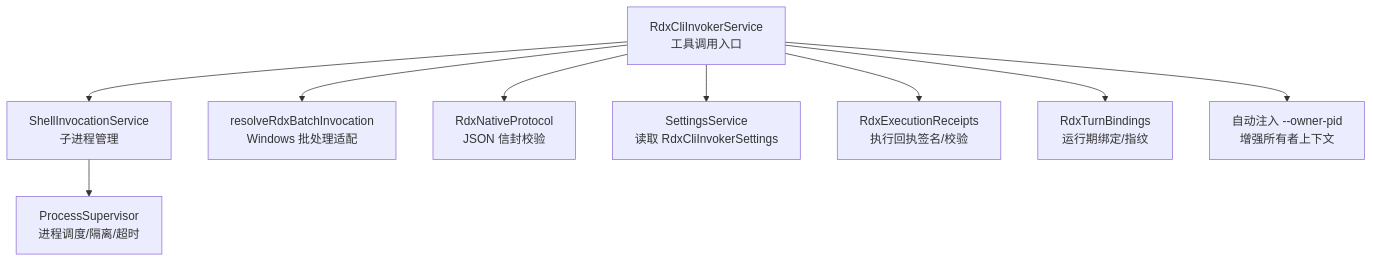
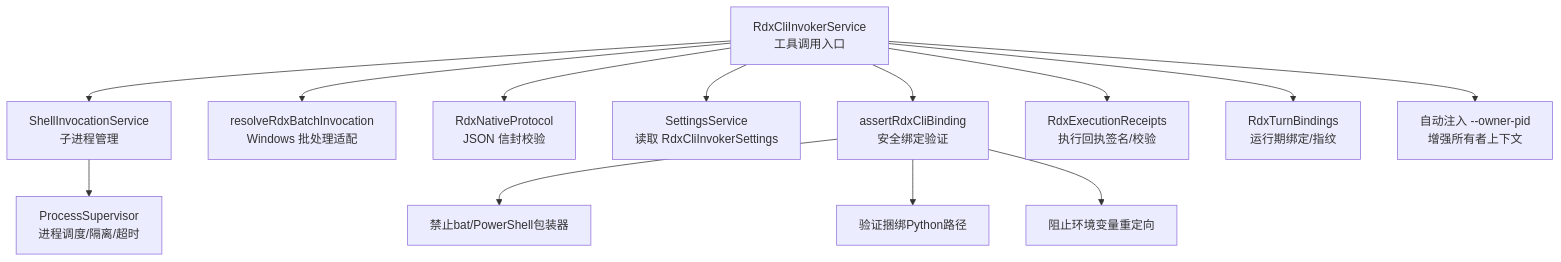
The first of 7 diagrams in .qoder/repowiki/zh/content/核心模块/工具系统/RDX CLI 调用器.md (haolange/RDC-Agent), drawn with Mermaid before and after one commit. The commit also changed other lines of this file and 85 other files, not shown here.

````diff
--- a/.qoder/repowiki/zh/content/核心模块/工具系统/RDX CLI 调用器.md
+++ b/.qoder/repowiki/zh/content/核心模块/工具系统/RDX CLI 调用器.md
@@ -50,11 +52,15 @@
 ```mermaid
 graph TB
 A["RdxCliInvokerService<br/>工具调用入口"] --> B["ShellInvocationService<br/>子进程管理"]
 A --> C["resolveRdxBatchInvocation<br/>Windows 批处理适配"]
 A --> D["RdxNativeProtocol<br/>JSON 信封校验"]
 A --> E["SettingsService<br/>读取 RdxCliInvokerSettings"]
-B --> F["ProcessSupervisor<br/>进程调度/隔离/超时"]
-A --> G["RdxExecutionReceipts<br/>执行回执签名/校验"]
-A --> H["RdxTurnBindings<br/>运行期绑定/指纹"]
-A --> I["自动注入 --owner-pid<br/>增强所有者上下文"]
+A --> F["assertRdxCliBinding<br/>安全绑定验证"]
+B --> G["ProcessSupervisor<br/>进程调度/隔离/超时"]
+A --> H["RdxExecutionReceipts<br/>执行回执签名/校验"]
+A --> I["RdxTurnBindings<br/>运行期绑定/指纹"]
+A --> J["自动注入 --owner-pid<br/>增强所有者上下文"]
+F --> K["禁止bat/PowerShell包装器"]
+F --> L["验证捆绑Python路径"]
+F --> M["阻止环境变量重定向"]
 ```
````
